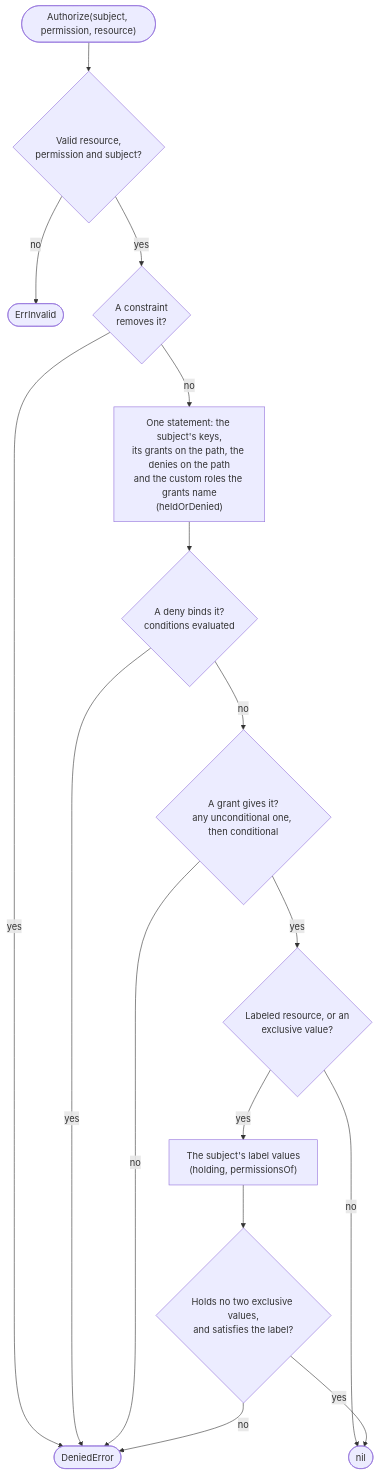
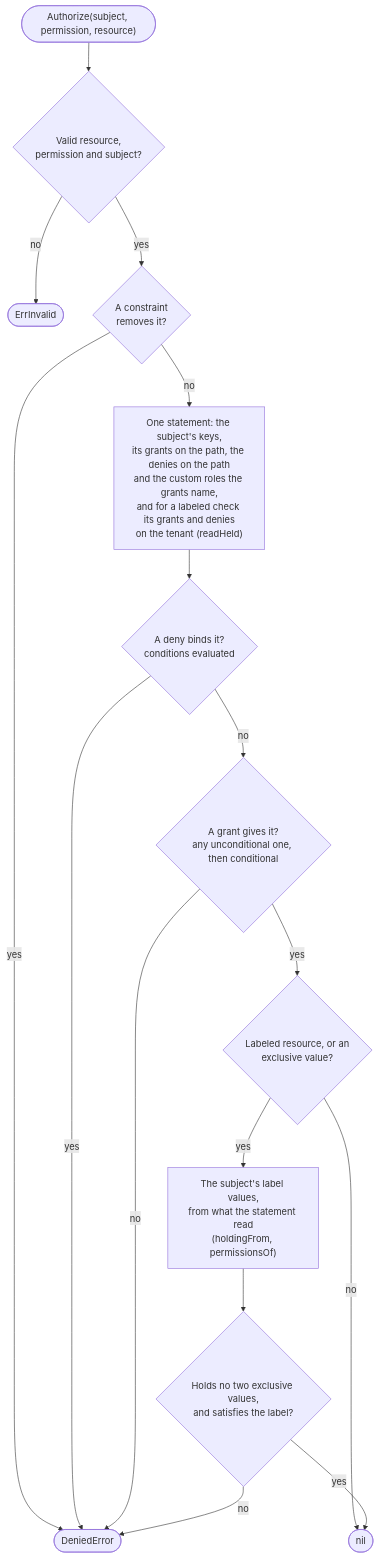
Before and after one commit to parallelworks/rbac: the sixth of 13 diagrams in docs/architecture.md, drawn with Mermaid. The commit also changed other lines of this file and 14 other files, not shown here.

Commit message:
fix: checks and changes allow a labeled resource no single moment allowed, an actor can't hand on a label value a deny reading the tenant's id leaves it, Holders of a labeled resource takes seconds, and a note-only grant change is refused for exclusive values (#67)

````diff
--- a/docs/architecture.md
+++ b/docs/architecture.md
@@ -302,18 +304,18 @@
 ```mermaid
 flowchart TB
     start(["Authorize(subject, permission, resource)"]) --> valid{"Valid resource,<br/>permission and subject?"}
     valid -->|no| invalid(["ErrInvalid"])
     valid -->|yes| cons{"A constraint<br/>removes it?"}
     cons -->|yes| refused(["DeniedError"])
-    cons -->|no| read["One statement: the subject's keys,<br/>its grants on the path, the denies on the path<br/>and the custom roles the grants name<br/>(heldOrDenied)"]
+    cons -->|no| read["One statement: the subject's keys,<br/>its grants on the path, the denies on the path<br/>and the custom roles the grants name,<br/>and for a labeled check its grants and denies<br/>on the tenant (readHeld)"]
     read --> deny{"A deny binds it?<br/>conditions evaluated"}
     deny -->|yes| refused
     deny -->|no| grant{"A grant gives it?<br/>any unconditional one, then conditional"}
     grant -->|no| refused
     grant -->|yes| asks{"Labeled resource, or an<br/>exclusive value?"}
     asks -->|no| allowed(["nil"])
-    asks -->|yes| holding["The subject's label values<br/>(holding, permissionsOf)"]
+    asks -->|yes| holding["The subject's label values,<br/>from what the statement read<br/>(holdingFrom, permissionsOf)"]
     holding --> sat{"Holds no two exclusive values,<br/>and satisfies the label?"}
     sat -->|yes| allowed
     sat -->|no| refused
 ```
````
